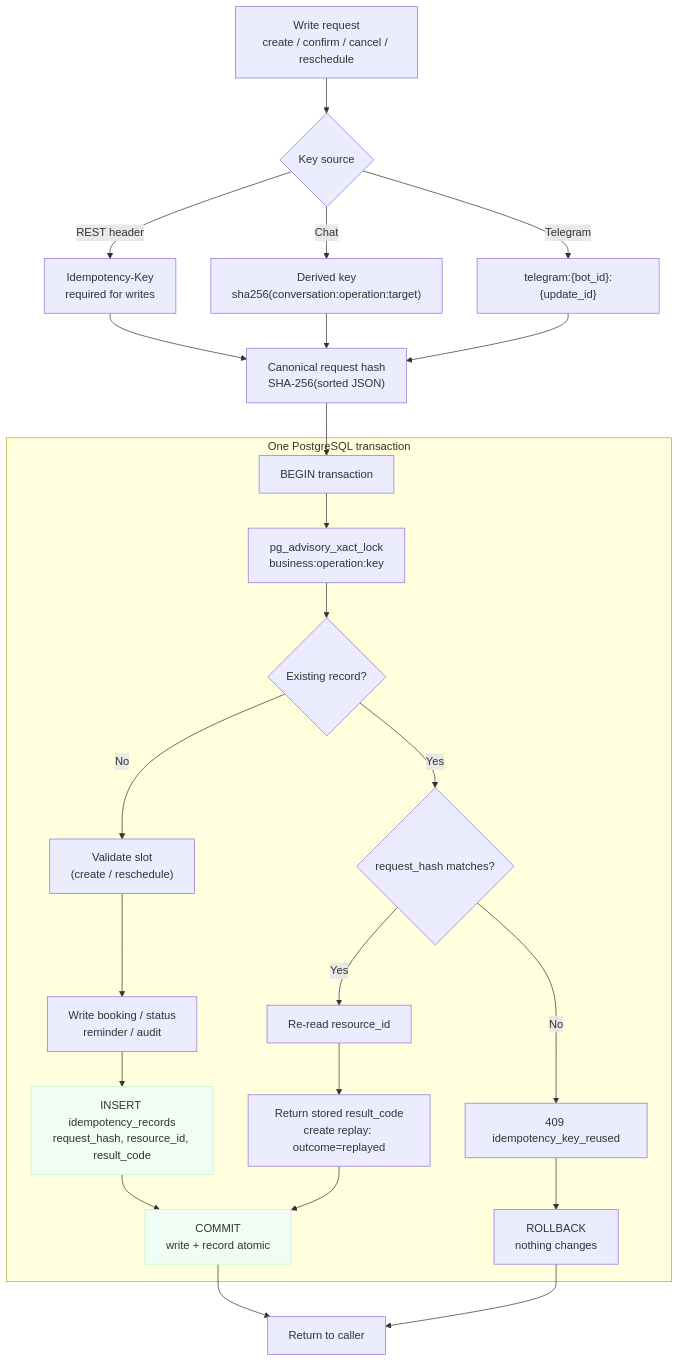
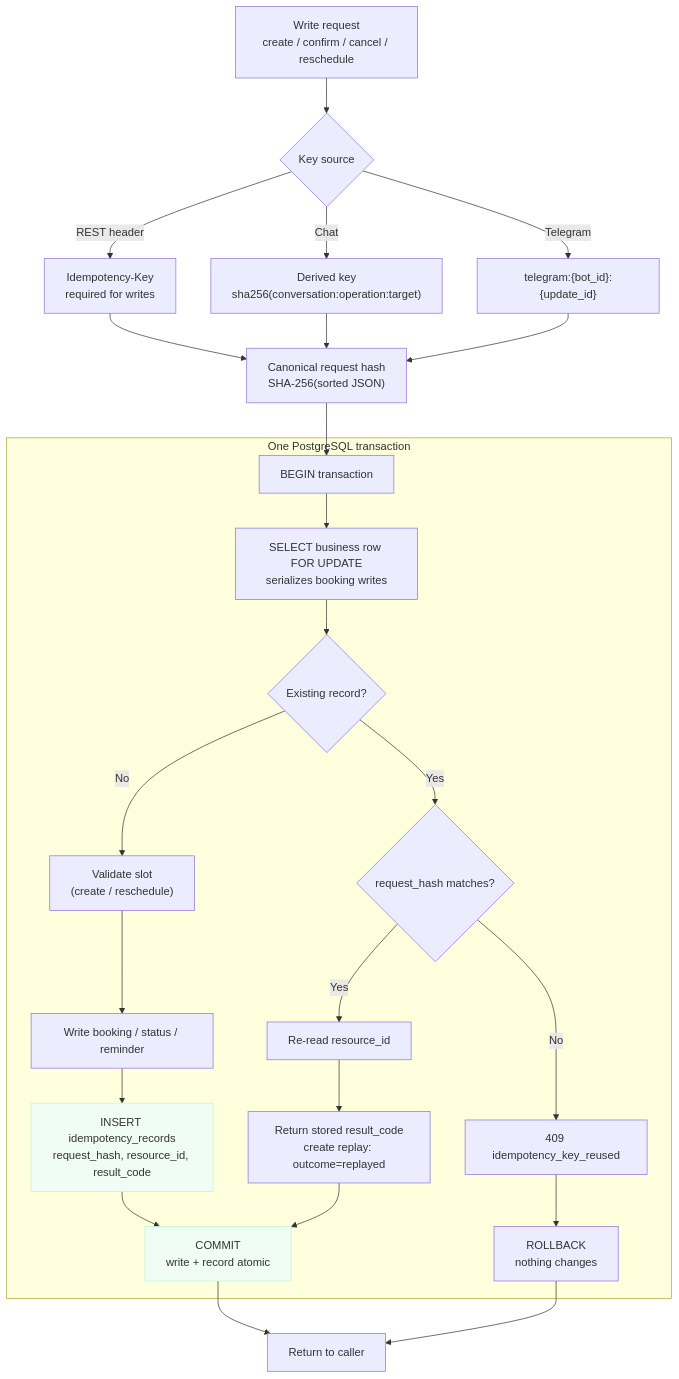
The first of 2 diagrams in docs/idempotency.md (ktakanopy/capy-appointment-bot), drawn with Mermaid before and after one commit. The commit also changed other lines of this file and 61 other files, not shown here.

````diff
--- a/docs/idempotency.md
+++ b/docs/idempotency.md
@@ -33,37 +33,37 @@
 ```mermaid
 flowchart TD
     A["Write request<br/>create / confirm / cancel / reschedule"] --> B{"Key source"}
     B -->|REST header| C["Idempotency-Key<br/>required for writes"]
     B -->|Chat| D["Derived key<br/>sha256(conversation:operation:target)"]
     B -->|Telegram| E["telegram:{bot_id}:{update_id}"]
 
     C --> F["Canonical request hash<br/>SHA-256(sorted JSON)"]
     D --> F
     E --> F
 
     F --> G["BEGIN transaction"]
 
     subgraph TX["One PostgreSQL transaction"]
-        G --> H["pg_advisory_xact_lock<br/>business:operation:key"]
+        G --> H["SELECT business row FOR UPDATE<br/>serializes booking writes"]
         H --> I{"Existing record?"}
 
         I -->|No| J["Validate slot<br/>(create / reschedule)"]
-        J --> K["Write booking / status<br/>reminder / audit"]
+        J --> K["Write booking / status / reminder"]
         K --> L["INSERT idempotency_records<br/>request_hash, resource_id, result_code"]
         L --> M["COMMIT<br/>write + record atomic"]
 
         I -->|Yes| O{"request_hash matches?"}
         O -->|No| P["409 idempotency_key_reused"]
         O -->|Yes| Q["Re-read resource_id"]
         Q --> R["Return stored result_code<br/>create replay: outcome=replayed"]
         R --> M
 
         P --> X["ROLLBACK<br/>nothing changes"]
     end
 
     M --> Z["Return to caller"]
     X --> Z
 
     classDef store fill:#f0fdf4,stroke:#bbf7d0;
     class L,M store;
 ```
````
